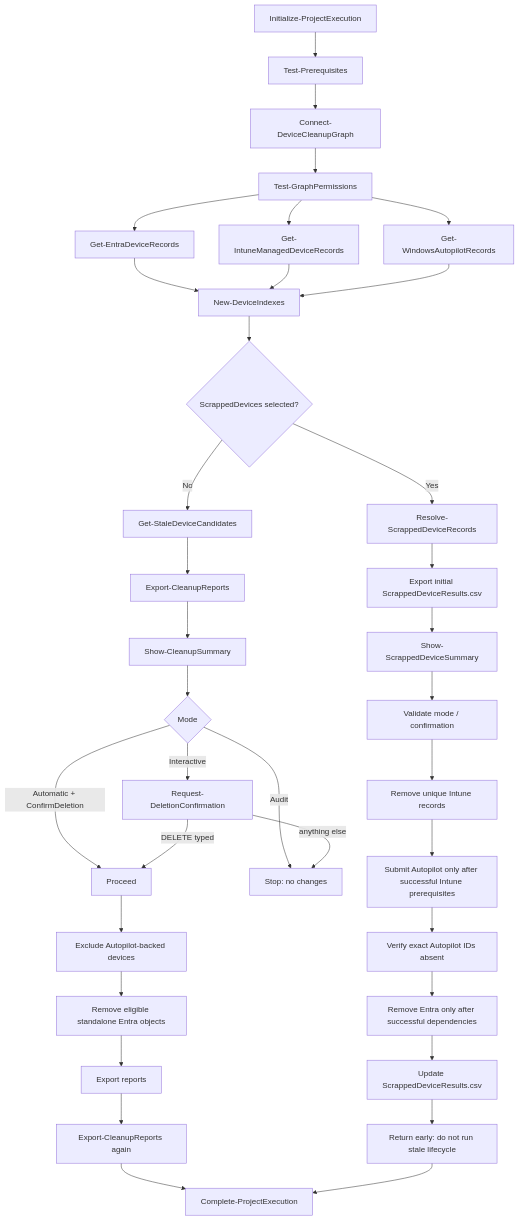
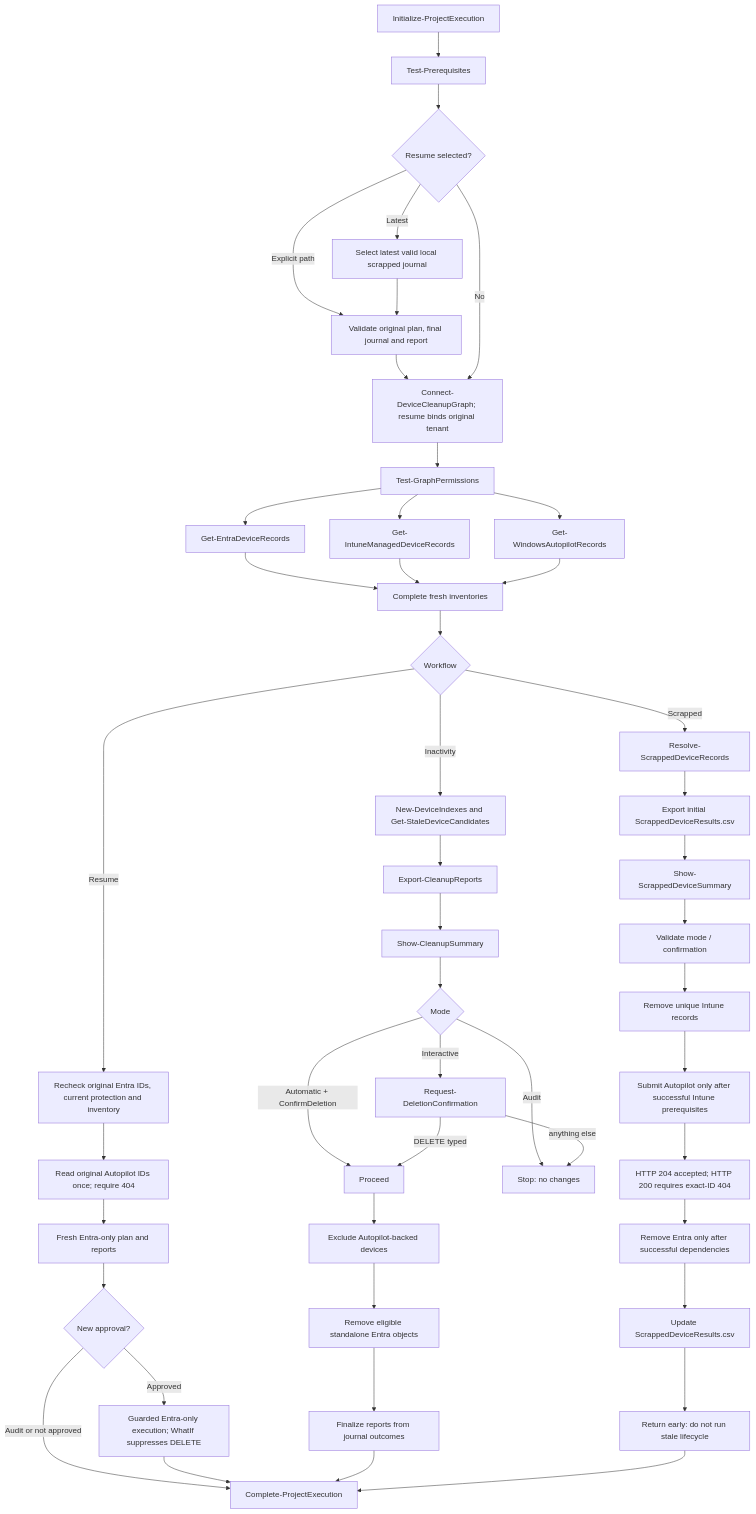
One commit to AteaTom/delete-stale-device-records-msgraph changed the diagram in docs/Architecture.md. Above: the diagram before and after it, drawn with Mermaid. The commit also changed other lines of this file and 18 other files, not shown here.

First line of the commit message:
Add safe journal-based Entra cleanup resumption and optimize preparation

````diff
--- a/docs/Architecture.md
+++ b/docs/Architecture.md
@@ -8,38 +10,49 @@
 ```mermaid
 flowchart TD
     A[Initialize-ProjectExecution] --> B[Test-Prerequisites]
-    B --> C[Connect-DeviceCleanupGraph]
+    B --> R{Resume selected?}
+    R -->|Latest| R1[Select latest valid local scrapped journal]
+    R -->|Explicit path| R2[Validate original plan, final journal and report]
+    R1 --> R2
+    R2 --> C[Connect-DeviceCleanupGraph; resume binds original tenant]
+    R -->|No| C
     C --> D[Test-GraphPermissions]
     D --> E[Get-EntraDeviceRecords]
     D --> F[Get-IntuneManagedDeviceRecords]
     D --> G[Get-WindowsAutopilotRecords]
-    E --> H[New-DeviceIndexes]
+    E --> H[Complete fresh inventories]
     F --> H
     G --> H
-    H --> X{ScrappedDevices selected?}
-    X -->|Yes| Y[Resolve-ScrappedDeviceRecords]
+    H --> X{Workflow}
+    X -->|Scrapped| Y[Resolve-ScrappedDeviceRecords]
+    X -->|Resume| RR[Recheck original Entra IDs, current protection and inventory]
+    RR --> RV[Read original Autopilot IDs once; require 404]
+    RV --> RP[Fresh Entra-only plan and reports]
+    RP --> RC{New approval?}
+    RC -->|Audit or not approved| Z5[Complete-ProjectExecution]
+    RC -->|Approved| RE[Guarded Entra-only execution; WhatIf suppresses DELETE]
+    RE --> Z5
    Y --> Y1[Export initial ScrappedDeviceResults.csv]
    Y1 --> Y2[Show-ScrappedDeviceSummary]
    Y2 --> Z1[Validate mode / confirmation]
    Z1 --> ZA[Remove unique Intune records]
     ZA --> ZB[Submit Autopilot only after successful Intune prerequisites]
-    ZB --> ZV[Verify exact Autopilot IDs absent]
+    ZB --> ZV[HTTP 204 accepted; HTTP 200 requires exact-ID 404]
     ZV --> ZC[Remove Entra only after successful dependencies]
     ZC --> Z3[Update ScrappedDeviceResults.csv]
     Z3 --> Z4[Return early: do not run stale lifecycle]
-    X -->|No| I[Get-StaleDeviceCandidates]
+    X -->|Inactivity| I[New-DeviceIndexes and Get-StaleDeviceCandidates]
     I --> J[Export-CleanupReports]
     J --> K[Show-CleanupSummary]
     K --> L{Mode}
     L -->|Audit| M[Stop: no changes]
     L -->|Interactive| N[Request-DeletionConfirmation]
     L -->|Automatic + ConfirmDeletion| O[Proceed]
     N -->|DELETE typed| O
     N -->|anything else| M
    O --> P[Exclude Autopilot-backed devices]
    P --> T[Remove eligible standalone Entra objects]
-    T --> V[Export reports]
-    V --> W[Export-CleanupReports again]
-    W --> Z5[Complete-ProjectExecution]
+    T --> V[Finalize reports from journal outcomes]
+    V --> Z5
     Z4 --> Z5
 ```
````
